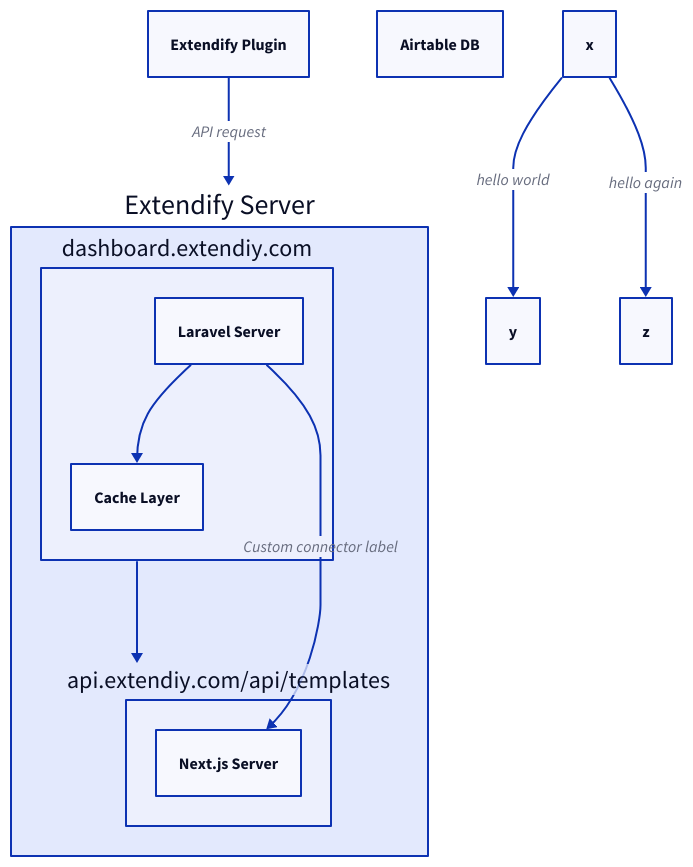
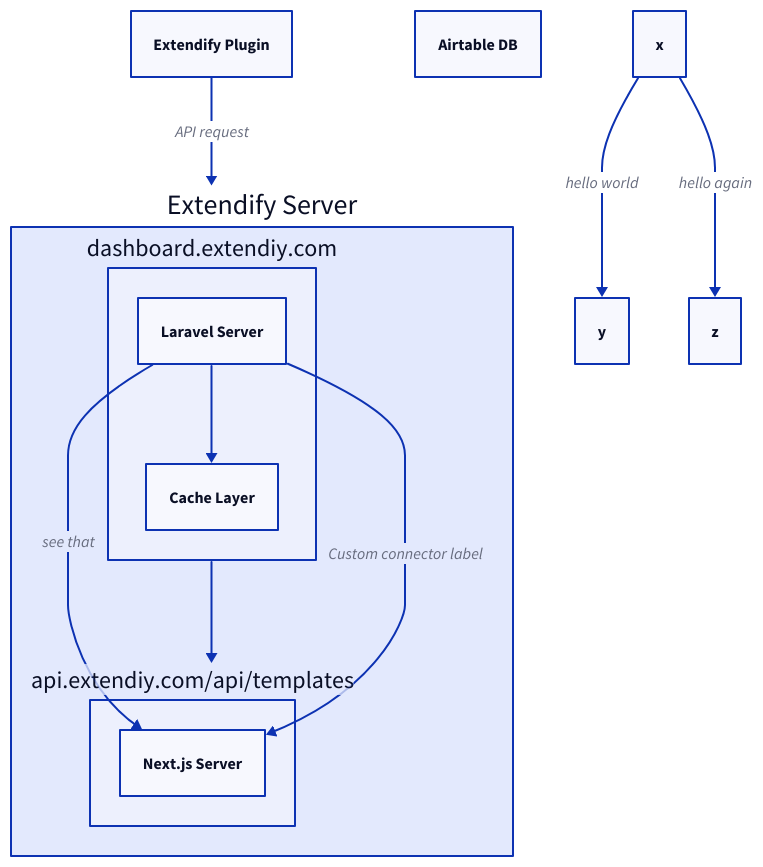
Before and after one commit to dgwyer/myapp: the diagram in d2/file.d2, drawn with D2.

Commit message:
try to render

```diff
--- a/d2/file.d2
+++ b/d2/file.d2
@@ -1,26 +1,28 @@
 a: Extendify Plugin
 e: Airtable DB
 
 extendifyServer: {
   label: Extendify Server
 
   dashboardServer: {
     label: dashboard.extendiy.com
     ls: Laravel Server
     cl: Cache Layer
 
     ls -> cl
   }
 
   apiServer:  {
     label: api.extendiy.com/api/templates
     nj: Next.js Server
+
+    _.dashboardServer.ls -> nj: see that
   }
 
   dashboardServer -> apiServer
   dashboardServer.ls -> apiServer.nj: Custom connector label
 }
 
 a -> extendifyServer: API request
 x -> y: hello world
 x -> z: hello again
```
